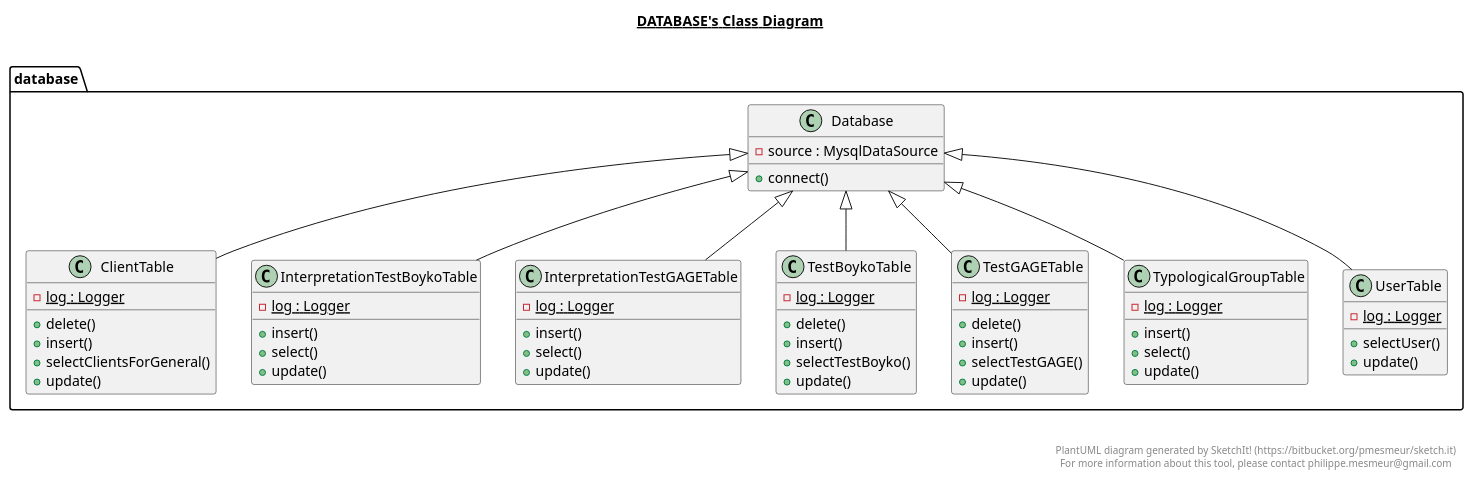
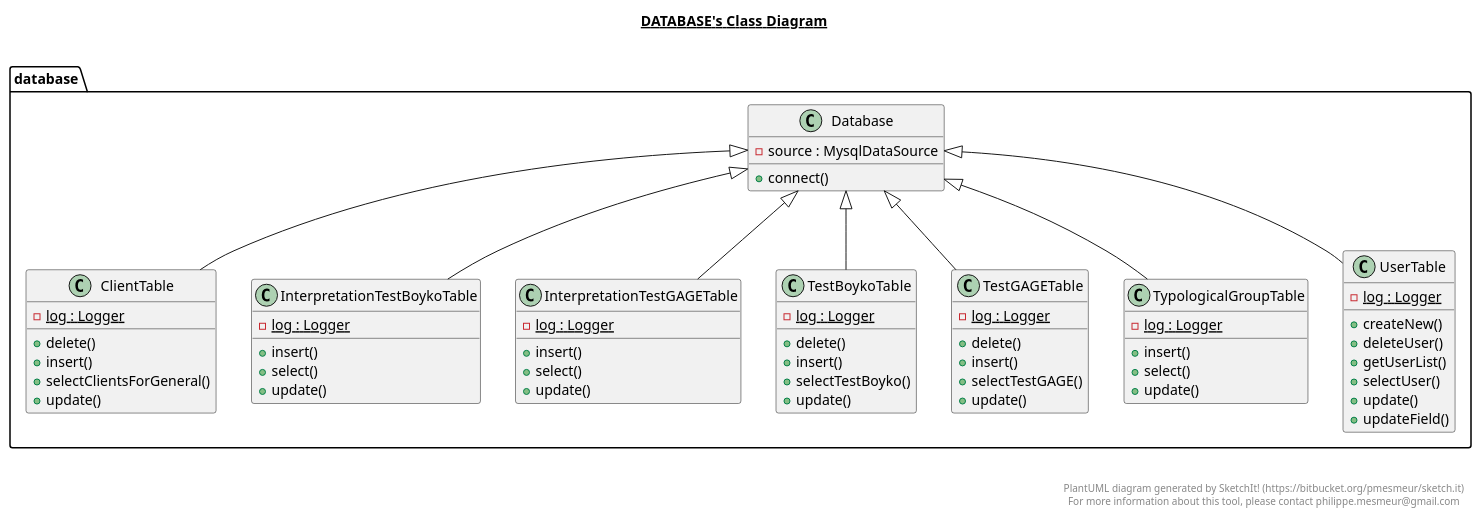
The diagram in src/database/database.plantuml (psychosis1/Work-Practice), drawn with PlantUML before and after one commit. The commit also changed 35 other files, not shown here.

```diff
--- a/src/database/database.plantuml
+++ b/src/database/database.plantuml
@@ -1,101 +1,105 @@
 @startuml
 
 title __DATABASE's Class Diagram__\n
 
   namespace database {
     class database.ClientTable {
         {static} - log : Logger
         + delete()
         + insert()
         + selectClientsForGeneral()
         + update()
     }
   }
   
 
   namespace database {
     class database.Database {
         - source : MysqlDataSource
         + connect()
     }
   }
   
 
   namespace database {
     class database.InterpretationTestBoykoTable {
         {static} - log : Logger
         + insert()
         + select()
         + update()
     }
   }
   
 
   namespace database {
     class database.InterpretationTestGAGETable {
         {static} - log : Logger
         + insert()
         + select()
         + update()
     }
   }
   
 
   namespace database {
     class database.TestBoykoTable {
         {static} - log : Logger
         + delete()
         + insert()
         + selectTestBoyko()
         + update()
     }
   }
   
 
   namespace database {
     class database.TestGAGETable {
         {static} - log : Logger
         + delete()
         + insert()
         + selectTestGAGE()
         + update()
     }
   }
   
 
   namespace database {
     class database.TypologicalGroupTable {
         {static} - log : Logger
         + insert()
         + select()
         + update()
     }
   }
   
 
   namespace database {
     class database.UserTable {
         {static} - log : Logger
+        + createNew()
+        + deleteUser()
+        + getUserList()
         + selectUser()
         + update()
+        + updateField()
     }
   }
   
 
   database.ClientTable -up-|> database.Database
   database.InterpretationTestBoykoTable -up-|> database.Database
   database.InterpretationTestGAGETable -up-|> database.Database
   database.TestBoykoTable -up-|> database.Database
   database.TestGAGETable -up-|> database.Database
   database.TypologicalGroupTable -up-|> database.Database
   database.UserTable -up-|> database.Database
 
 
 right footer
 
 
 PlantUML diagram generated by SketchIt! (https://bitbucket.org/pmesmeur/sketch.it)
 For more information about this tool, please contact philippe.mesmeur@gmail.com
 endfooter
 
 @enduml
```
